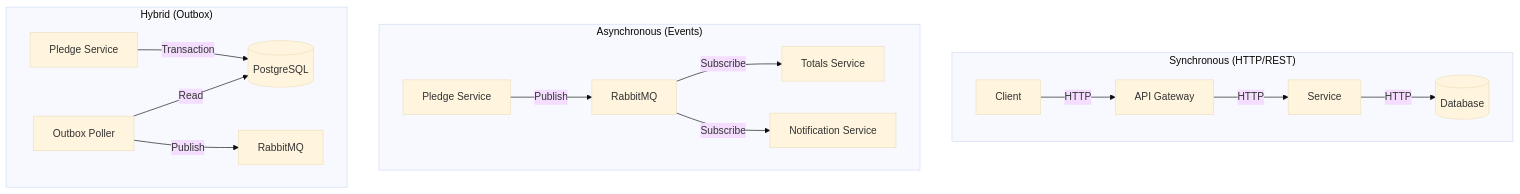
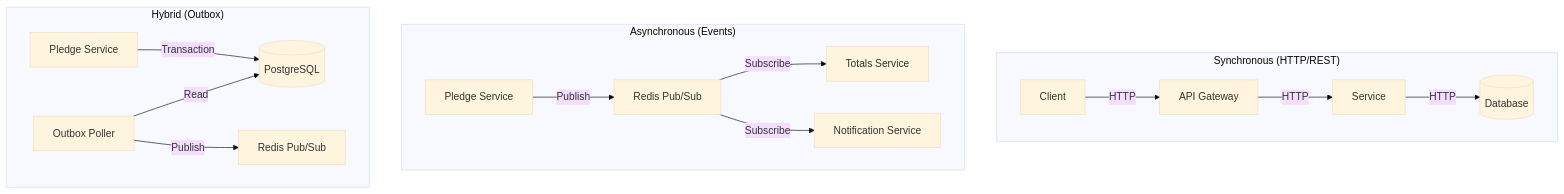
Before and after one commit to SM-Shaan/API_Hackathon_Innovatrix: the eighth of 11 diagrams in docs/ARCHITECTURE_DIAGRAMS.md, drawn with Mermaid (base theme). The commit also changed other lines of this file and 5 other files, not shown here.

First line of the commit message:
docs: add comprehensive architecture diagrams to README

````diff
--- a/docs/ARCHITECTURE_DIAGRAMS.md
+++ b/docs/ARCHITECTURE_DIAGRAMS.md
@@ -302,23 +302,23 @@
 ```mermaid
 flowchart TB
     subgraph Sync["Synchronous (HTTP/REST)"]
         direction LR
         CLIENT[Client] -->|HTTP| GATEWAY[API Gateway]
         GATEWAY -->|HTTP| SVC[Service]
         SVC -->|HTTP| DB[(Database)]
     end
 
     subgraph Async["Asynchronous (Events)"]
         direction LR
-        PS[Pledge Service] -->|Publish| QUEUE[RabbitMQ]
+        PS[Pledge Service] -->|Publish| QUEUE[Redis Pub/Sub]
         QUEUE -->|Subscribe| TS[Totals Service]
         QUEUE -->|Subscribe| NS[Notification Service]
     end
 
     subgraph Hybrid["Hybrid (Outbox)"]
         direction LR
         PS2[Pledge Service] -->|Transaction| DB2[(PostgreSQL)]
         POLL[Outbox Poller] -->|Read| DB2
-        POLL -->|Publish| QUEUE2[RabbitMQ]
+        POLL -->|Publish| QUEUE2[Redis Pub/Sub]
     end
 ```
````
